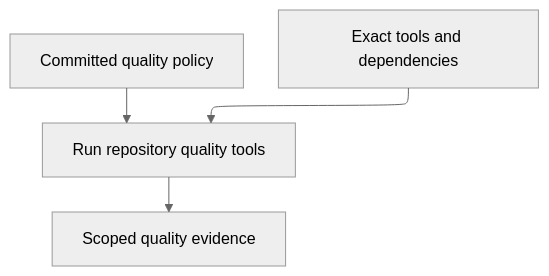
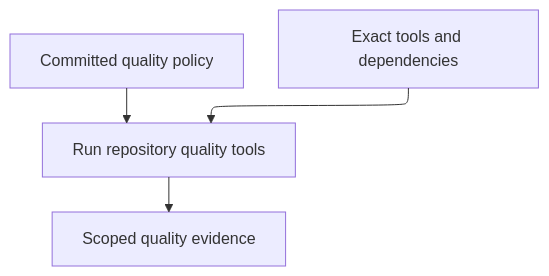
The first of 2 diagrams in docs/getting-started/how-ayni-works.md (ayni-oss/ayni), drawn with Mermaid before and after one commit. The commit also changed other lines of this file and 6 other files, not shown here.

First line of the commit message:
fix(docs): align navigation and inherit diagram color mode (#99)

````diff
--- a/docs/getting-started/how-ayni-works.md
+++ b/docs/getting-started/how-ayni-works.md
@@ -5,12 +5,11 @@
 ```mermaid
 ---
 config:
-  theme: neutral
   look: classic
   layout: elk
 ---
 flowchart TD
     P[Committed quality policy] --> R[Run repository quality tools]
     E[Exact tools and dependencies] --> R
     R --> F[Scoped quality evidence]
 ```
````
